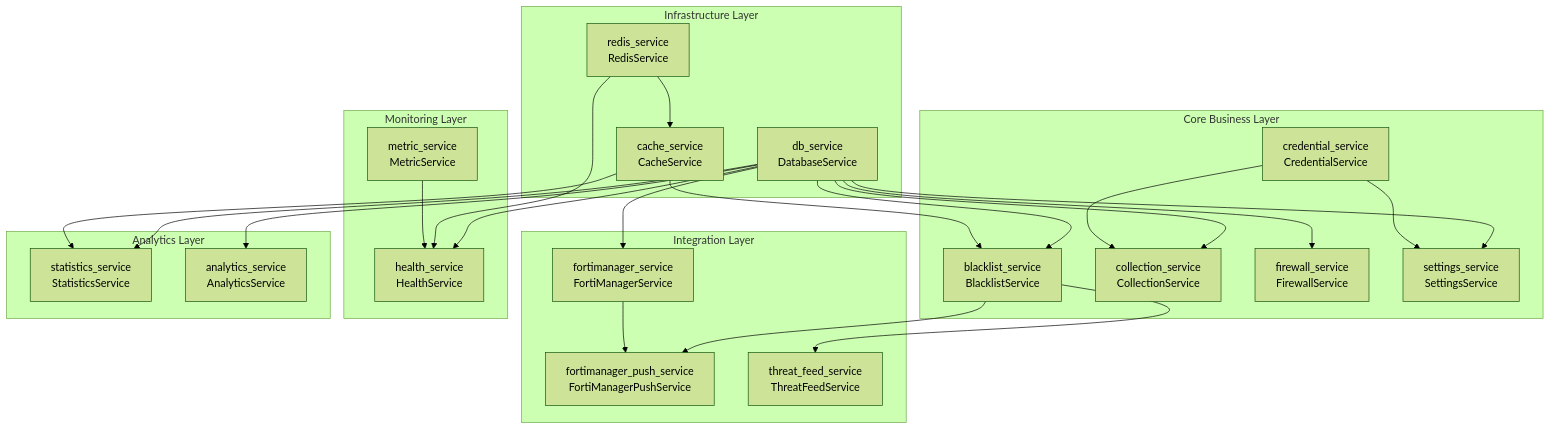
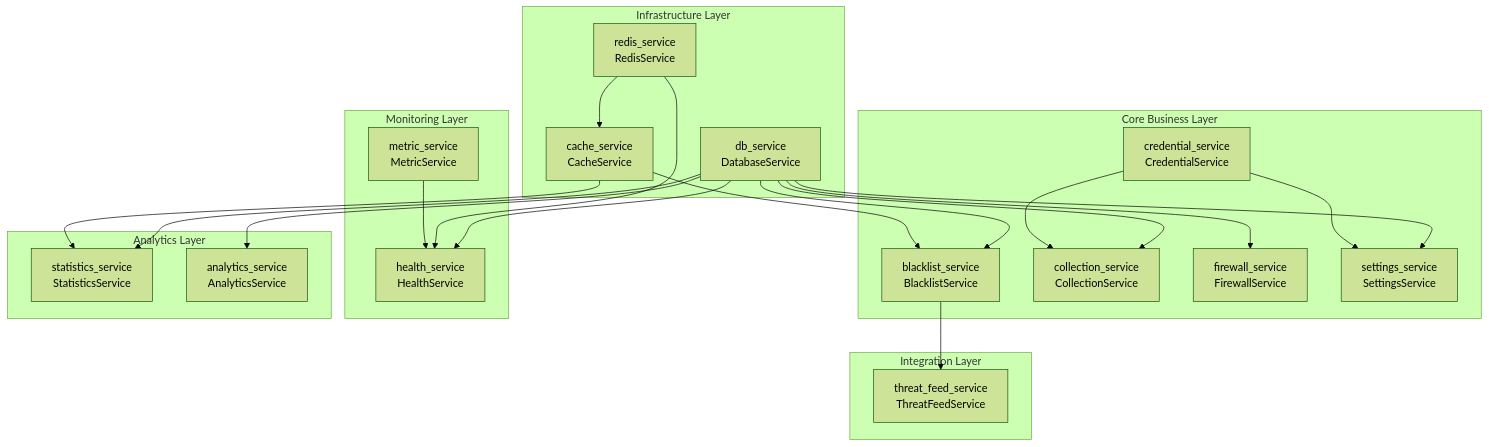
The sixth of 10 diagrams in docs/wiki/Architecture.md (jclee941/blacklist), drawn with Mermaid (forest theme) before and after one commit. The commit also changed other lines of this file and 38 other files, not shown here.

First line of the commit message:
refactor: remove FortiManager legacy, dead packages, and duplicate routes

````diff
--- a/docs/wiki/Architecture.md
+++ b/docs/wiki/Architecture.md
@@ -202,51 +193,46 @@
 ```mermaid
 graph TD
     subgraph "Infrastructure Layer"
         DB["db_service<br/>DatabaseService"]
         REDIS["redis_service<br/>RedisService"]
         CACHE["cache_service<br/>CacheService"]
     end
 
     subgraph "Core Business Layer"
         BL["blacklist_service<br/>BlacklistService"]
         COLL["collection_service<br/>CollectionService"]
         FW["firewall_service<br/>FirewallService"]
         SET["settings_service<br/>SettingsService"]
         CRED["credential_service<br/>CredentialService"]
     end
 
     subgraph "Integration Layer"
-        FM["fortimanager_service<br/>FortiManagerService"]
-        FMP["fortimanager_push_service<br/>FortiManagerPushService"]
         TF["threat_feed_service<br/>ThreatFeedService"]
     end
 
     subgraph "Monitoring Layer"
         METRIC["metric_service<br/>MetricService"]
         HEALTH["health_service<br/>HealthService"]
     end
 
     subgraph "Analytics Layer"
         STATS["statistics_service<br/>StatisticsService"]
         ANAL["analytics_service<br/>AnalyticsService"]
     end
 
     DB --> BL
     DB --> COLL
     DB --> FW
     DB --> SET
     DB --> STATS
     DB --> ANAL
-    DB --> FM
     REDIS --> CACHE
     CACHE --> BL
     CACHE --> STATS
     CRED --> SET
     CRED --> COLL
-    BL --> FMP
-    FM --> FMP
     BL --> TF
     DB --> HEALTH
     REDIS --> HEALTH
     METRIC --> HEALTH
 ```
````
